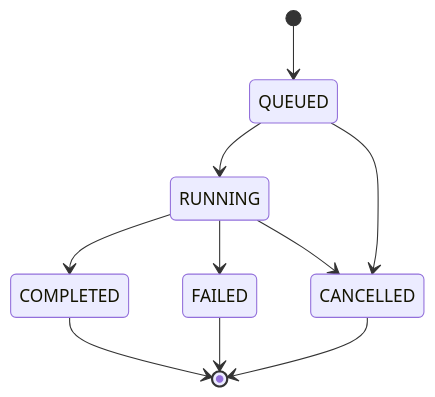
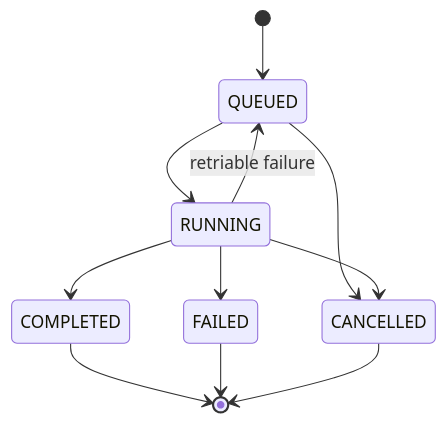
The sixth of 9 diagrams in docs/03-technical-design.md (wye-ts/opspilot), drawn with Mermaid before and after one commit. The commit also changed other lines of this file, not shown here.

````diff
--- a/docs/03-technical-design.md
+++ b/docs/03-technical-design.md
@@ -1284,12 +1510,13 @@
 ```mermaid
 stateDiagram-v2
     [*] --> QUEUED
     QUEUED --> RUNNING
     QUEUED --> CANCELLED
+    RUNNING --> QUEUED: retriable failure
     RUNNING --> COMPLETED
     RUNNING --> FAILED
     RUNNING --> CANCELLED
     COMPLETED --> [*]
     FAILED --> [*]
     CANCELLED --> [*]
 ```
````
